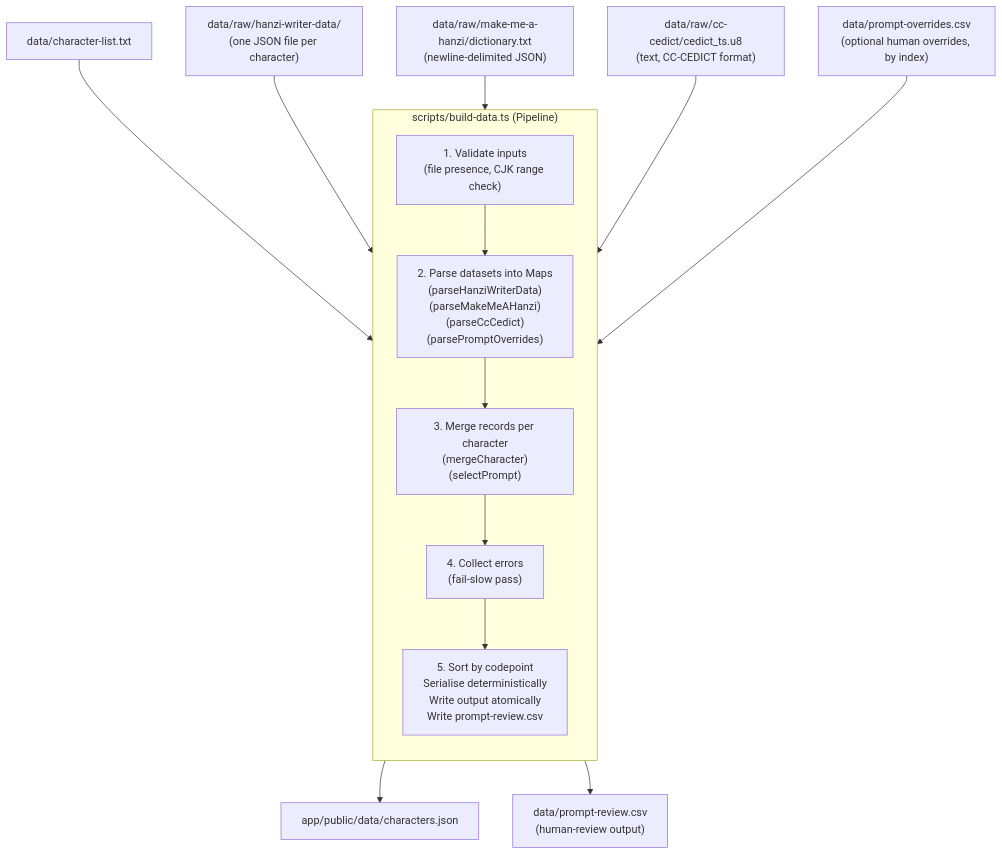
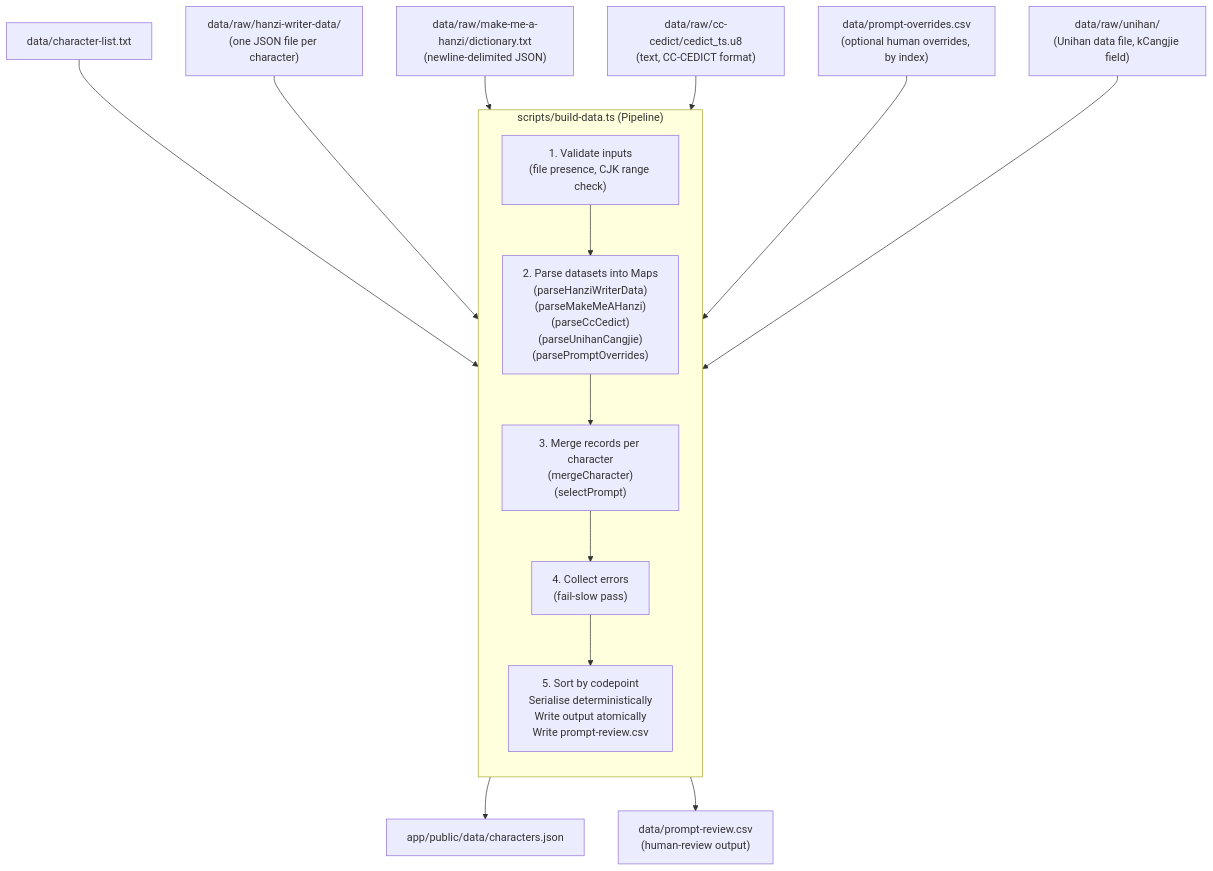
Before and after one commit to Taki-PRO/ghost-script: the diagram in .kiro/specs/character-dataset/design.md, drawn with Mermaid. The commit also changed other lines of this file and 7 other files, not shown here.

````diff
--- a/.kiro/specs/character-dataset/design.md
+++ b/.kiro/specs/character-dataset/design.md
@@ -13,27 +13,29 @@
 ```mermaid
 flowchart TD
     CL["data/character-list.txt"]
     HWD["data/raw/hanzi-writer-data/\n(one JSON file per character)"]
     MMH["data/raw/make-me-a-hanzi/dictionary.txt\n(newline-delimited JSON)"]
     CCD["data/raw/cc-cedict/cedict_ts.u8\n(text, CC-CEDICT format)"]
     OVR["data/prompt-overrides.csv\n(optional human overrides, by index)"]
+    UNI["data/raw/unihan/\n(Unihan data file, kCangjie field)"]
 
     CL --> P
     HWD --> P
     MMH --> P
     CCD --> P
     OVR --> P
+    UNI --> P
 
     subgraph P["scripts/build-data.ts  (Pipeline)"]
         direction TB
         V["1. Validate inputs\n(file presence, CJK range check)"]
-        PA["2. Parse datasets into Maps\n(parseHanziWriterData)\n(parseMakeMeAHanzi)\n(parseCcCedict)\n(parsePromptOverrides)"]
+        PA["2. Parse datasets into Maps\n(parseHanziWriterData)\n(parseMakeMeAHanzi)\n(parseCcCedict)\n(parseUnihanCangjie)\n(parsePromptOverrides)"]
         MG["3. Merge records per character\n(mergeCharacter)\n(selectPrompt)"]
         ER["4. Collect errors\n(fail-slow pass)"]
         SV["5. Sort by codepoint\nSerialise deterministically\nWrite output atomically\nWrite prompt-review.csv"]
         V --> PA --> MG --> ER --> SV
     end
 
     SV --> OUT["app/public/data/characters.json"]
     SV --> REV["data/prompt-review.csv\n(human-review output)"]
 ```
````
